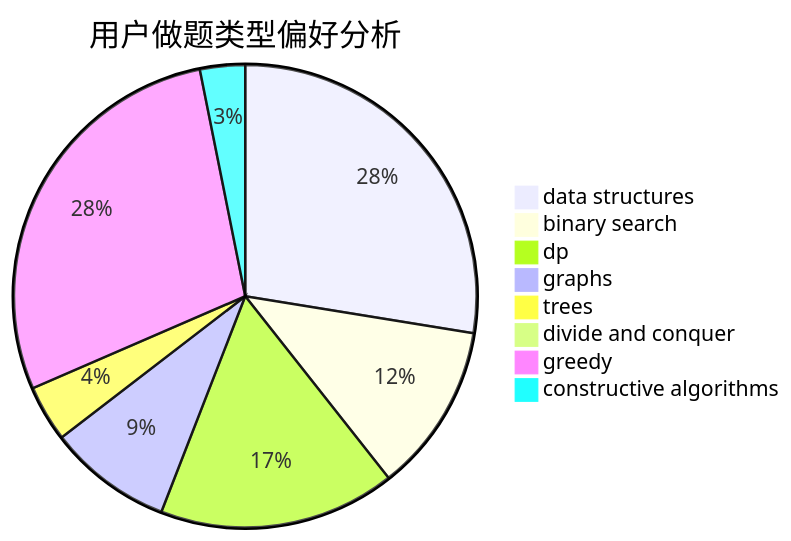
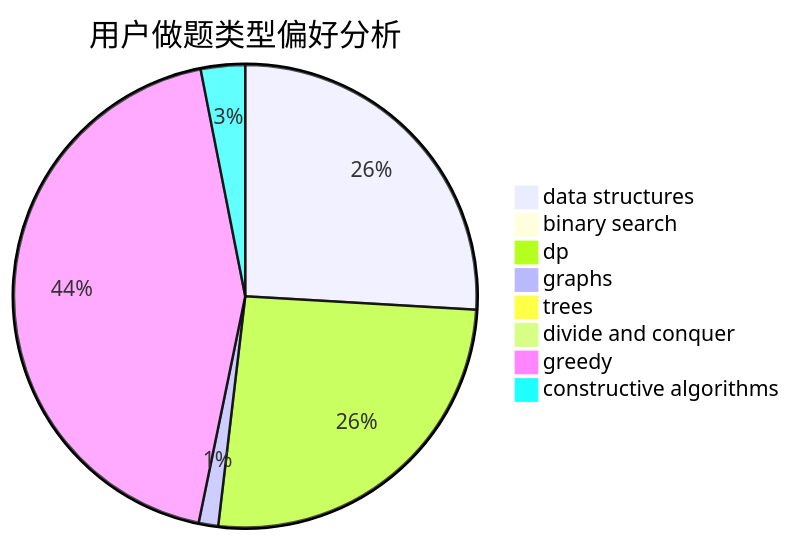
The second of 3 diagrams in docs/user/u1867.md (sherpahu/cfrs.github.io), drawn with Mermaid before and after one commit. The commit also changed other lines of this file and 2770 other files, not shown here.

````diff
--- a/docs/user/u1867.md
+++ b/docs/user/u1867.md
@@ -23,11 +23,11 @@
 ```mermaid
 pie title 用户做题类型偏好分析
-    "data structures" :  35
-    "binary search" :  15
-    "dp" :  21
-    "graphs" :  11
-    "trees" :  5
+    "data structures" :  285
+    "binary search" :  0
+    "dp" :  285
+    "graphs" :  15
+    "trees" :  0
     "divide and conquer" :  0
-    "greedy" :  36
-    "constructive algorithms" :  4
+    "greedy" :  480
+    "constructive algorithms" :  34
 ```
````
